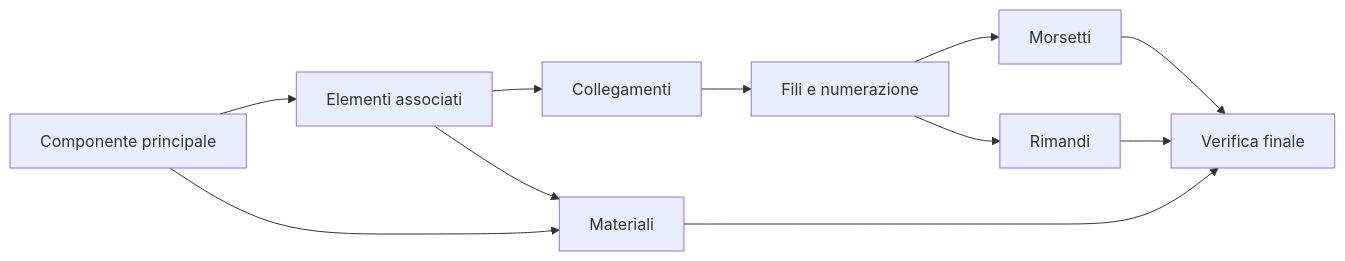
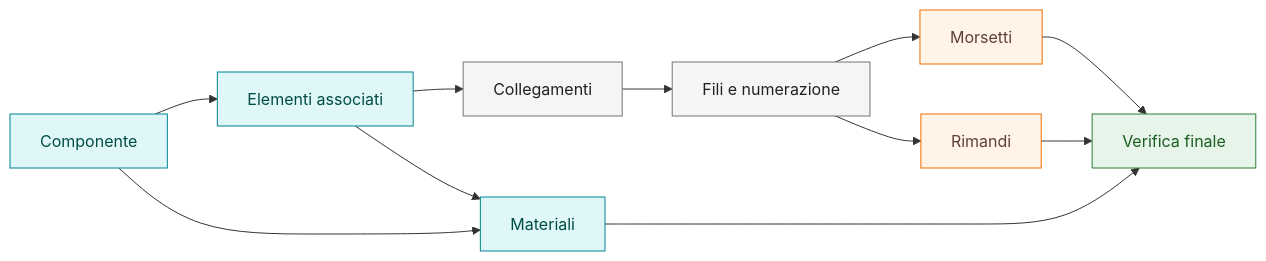
Before and after one commit to robertochello/spac-start-knowledge-base: the diagram in docs/09-multifilare.md, drawn with Mermaid. The commit also changed other lines of this file and 27 other files, not shown here.

Commit message:
docs: standardize diagrams and visual cues

````diff
--- a/docs/09-multifilare.md
+++ b/docs/09-multifilare.md
@@ -76,13 +78,18 @@
 ```mermaid
 flowchart LR
-    A[Componente principale] --> B[Elementi associati]
-    B --> C[Collegamenti]
-    C --> D[Fili e numerazione]
-    D --> E[Morsetti]
-    D --> F[Rimandi]
-    A --> G[Materiali]
+    A[Componente]:::data --> B[Elementi associati]:::data
+    B --> C[Collegamenti]:::process
+    C --> D[Fili e numerazione]:::process
+    D --> E[Morsetti]:::warn
+    D --> F[Rimandi]:::warn
+    A --> G[Materiali]:::data
     B --> G
-    E --> H[Verifica finale]
+    E --> H[Verifica finale]:::ok
     F --> H
     G --> H
+
+    classDef ok fill:#e6f4ea,stroke:#2e7d32,color:#1b5e20;
+    classDef warn fill:#fff4e5,stroke:#ef6c00,color:#5d4037;
+    classDef data fill:#e0f7fa,stroke:#00838f,color:#004d40;
+    classDef process fill:#f5f5f5,stroke:#757575,color:#212121;
 ```
````
